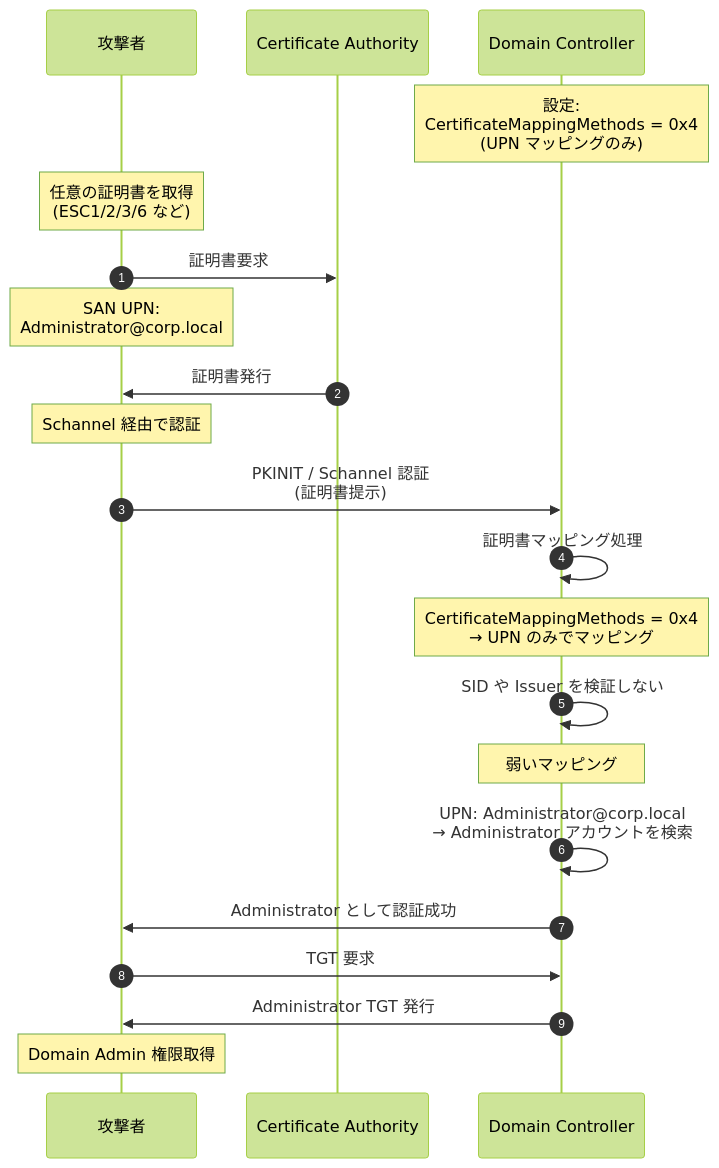
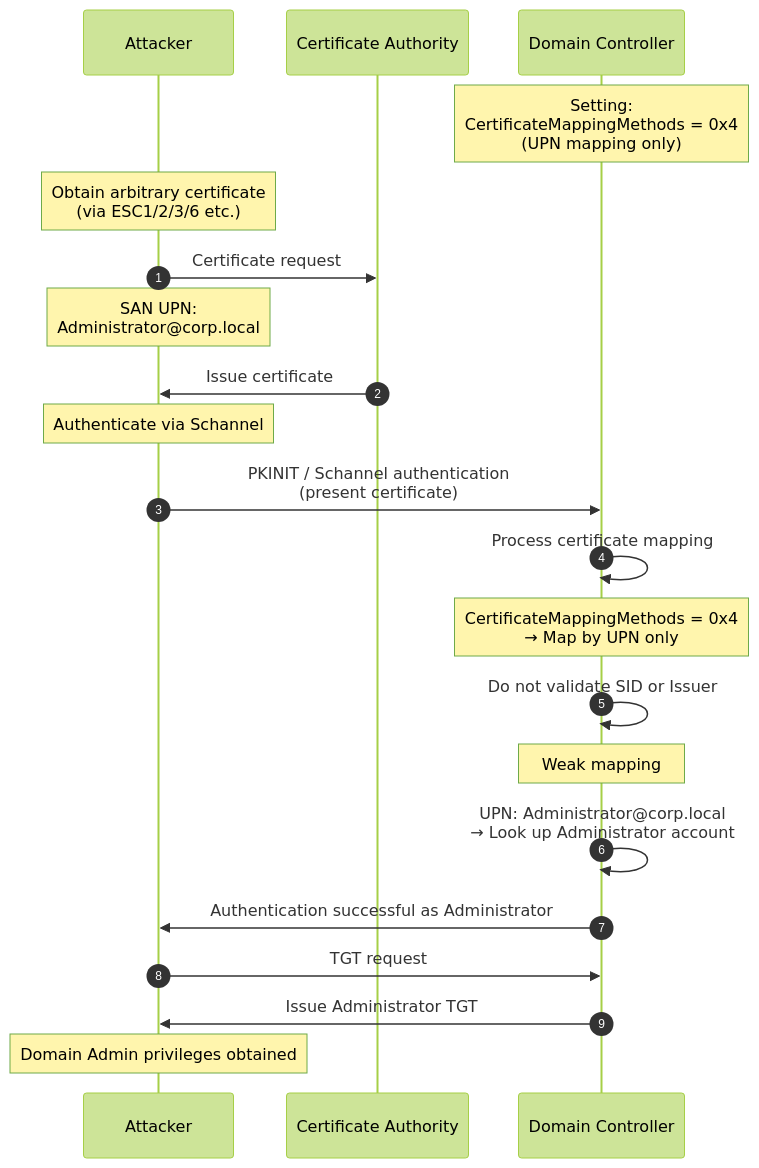
One commit to morimori-dev/morimori-dev.github.io changed the tenth of 17 diagrams in _posts/2026-03-03-tech-adcs-esc-attack-guide.md. Above: the diagram before and after it, drawn with Mermaid (forest theme). The commit also changed other lines of this file and 1 other file, not shown here.

````diff
--- a/_posts/2026-03-03-tech-adcs-esc-attack-guide.md
+++ b/_posts/2026-03-03-tech-adcs-esc-attack-guide.md
@@ -961,35 +962,35 @@
 ```mermaid
 sequenceDiagram
     autonumber
-    participant A as 攻撃者
+    participant A as Attacker
     participant CA as Certificate Authority
     participant DC as Domain Controller
-    
-    Note over DC: 設定:<br/>CertificateMappingMethods = 0x4<br/>(UPN マッピングのみ)
-    
-    Note over A: 任意の証明書を取得<br/>(ESC1/2/3/6 など)
-    
-    A->>CA: 証明書要求
+
+    Note over DC: Setting:<br/>CertificateMappingMethods = 0x4<br/>(UPN mapping only)
+
+    Note over A: Obtain arbitrary certificate<br/>(via ESC1/2/3/6 etc.)
+
+    A->>CA: Certificate request
     Note over A: SAN UPN:<br/>Administrator@corp.local
-    
-    CA->>A: 証明書発行
-    
-    Note over A: Schannel 経由で認証
-    
-    A->>DC: PKINIT / Schannel 認証<br/>(証明書提示)
-    
-    DC->>DC: 証明書マッピング処理
-    Note over DC: CertificateMappingMethods = 0x4<br/>→ UPN のみでマッピング
-    
-    DC->>DC: SID や Issuer を検証しない
-    Note over DC: 弱いマッピング
-    
-    DC->>DC: UPN: Administrator@corp.local<br/>→ Administrator アカウントを検索
-    
-    DC->>A: Administrator として認証成功
-    
-    A->>DC: TGT 要求
-    DC->>A: Administrator TGT 発行
-    
-    Note over A: Domain Admin 権限取得
+
+    CA->>A: Issue certificate
+
+    Note over A: Authenticate via Schannel
+
+    A->>DC: PKINIT / Schannel authentication<br/>(present certificate)
+
+    DC->>DC: Process certificate mapping
+    Note over DC: CertificateMappingMethods = 0x4<br/>→ Map by UPN only
+
+    DC->>DC: Do not validate SID or Issuer
+    Note over DC: Weak mapping
+
+    DC->>DC: UPN: Administrator@corp.local<br/>→ Look up Administrator account
+
+    DC->>A: Authentication successful as Administrator
+
+    A->>DC: TGT request
+    DC->>A: Issue Administrator TGT
+
+    Note over A: Domain Admin privileges obtained
 ```
````
